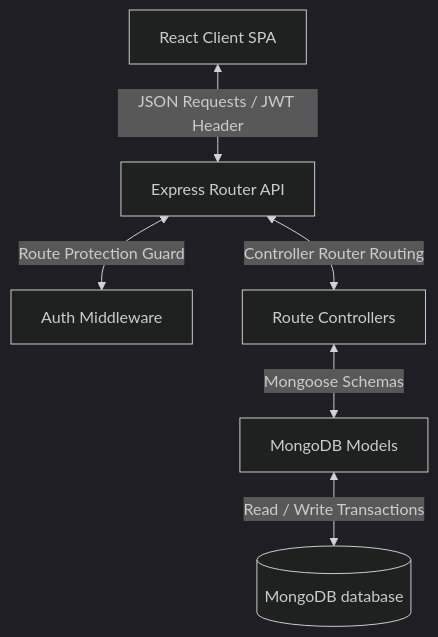
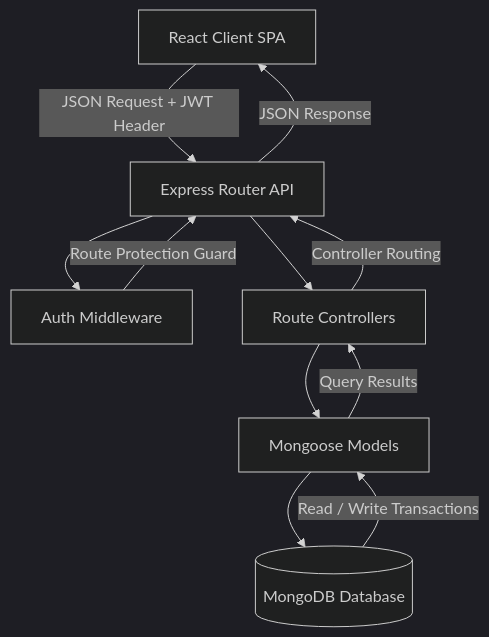
The first of 2 diagrams in README.md (RasmiRanjan03/Kinetic-age-session-management), drawn with Mermaid (dark theme) before and after one commit.

Commit message:
add readme file

````diff
--- a/README.md
+++ b/README.md
@@ -106,8 +106,13 @@
 ```mermaid
 graph TD
-    Client[React Client SPA] <-->|JSON Requests / JWT Header| API[Express Router API]
-    API <-->|Route Protection Guard| Auth[Auth Middleware]
-    API <-->|Controller Router Routing| Controller[Route Controllers]
-    Controller <-->|Mongoose Schemas| Models[MongoDB Models]
-    Models <-->|Read / Write Transactions| DB[(MongoDB database)]
+    Client[React Client SPA] -->|JSON Request + JWT Header| API[Express Router API]
+    API -->|JSON Response| Client
+    API --> Auth[Auth Middleware]
+    Auth -->|Route Protection Guard| API
+    API --> Controller[Route Controllers]
+    Controller -->|Controller Routing| API
+    Controller --> Models[Mongoose Models]
+    Models -->|Query Results| Controller
+    Models --> DB[(MongoDB Database)]
+    DB -->|Read / Write Transactions| Models
 ```
````
